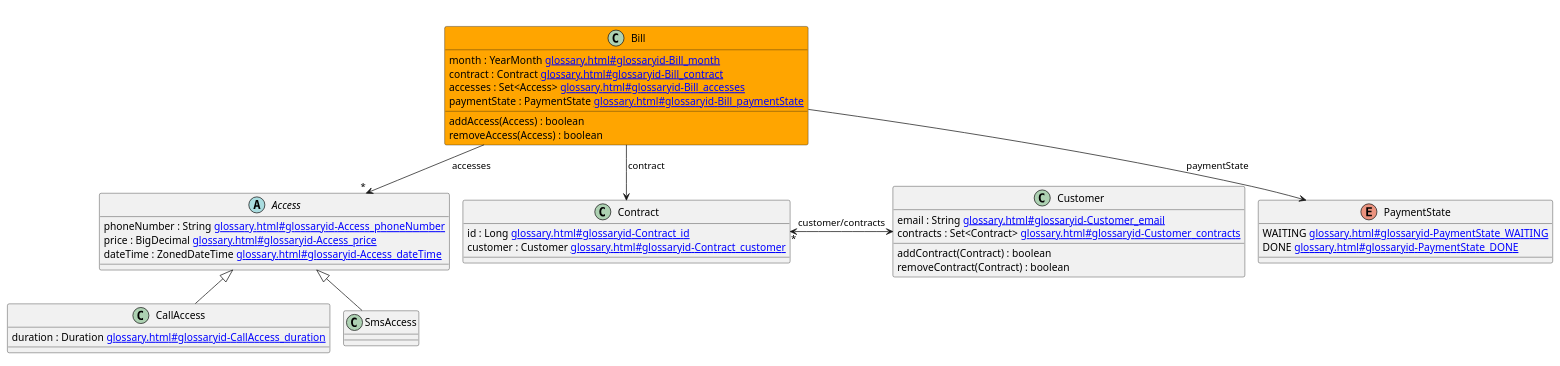
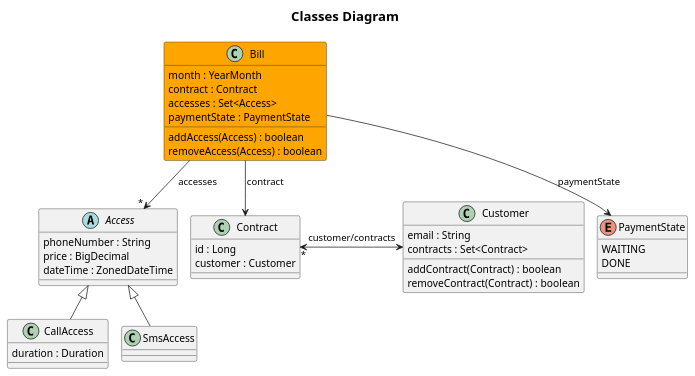
Before and after one commit to jboz/living-documentation: the diagram in livingdoc-maven-plugin/src/it/ddd/src/test/resources/expected/diagram.adoc, drawn with PlantUML. The commit also changed 8 other files, not shown here.

Commit message:
better links in diagram

```diff
--- a/livingdoc-maven-plugin/src/it/ddd/src/test/resources/expected/diagram.adoc
+++ b/livingdoc-maven-plugin/src/it/ddd/src/test/resources/expected/diagram.adoc
@@ -5,60 +5,55 @@
 [plantuml, diagram, format=svg, opts=interactive]
 ----
 @startuml
 !pragma layout smetana
 
-header
 
-endheader
+title = Classes Diagram
 
 abstract class "Access" [[glossary.html#glossaryid-Access{Access}]] {
-  phoneNumber : String [[glossary.html#glossaryid-Access_phoneNumber{phoneNumber}]]
-  price : BigDecimal [[glossary.html#glossaryid-Access_price{price}]]
-  dateTime : ZonedDateTime [[glossary.html#glossaryid-Access_dateTime{dateTime}]]
+  phoneNumber : String [[[glossary.html#glossaryid-Access_phoneNumber{Access.phoneNumber}]]]
+  price : BigDecimal [[[glossary.html#glossaryid-Access_price{Access.price}]]]
+  dateTime : ZonedDateTime [[[glossary.html#glossaryid-Access_dateTime{Access.dateTime}]]]
 }
 
 class "Bill" [[glossary.html#glossaryid-Bill{Bill}]] #orange {
-  month : YearMonth [[glossary.html#glossaryid-Bill_month{month}]]
-  contract : Contract [[glossary.html#glossaryid-Bill_contract{contract}]]
-  accesses : Set<Access> [[glossary.html#glossaryid-Bill_accesses{accesses}]]
-  paymentState : PaymentState [[glossary.html#glossaryid-Bill_paymentState{paymentState}]]
+  month : YearMonth [[[glossary.html#glossaryid-Bill_month{Bill.month}]]]
+  contract : Contract [[[glossary.html#glossaryid-Bill_contract{Bill.contract}]]]
+  accesses : Set<Access> [[[glossary.html#glossaryid-Bill_accesses{Bill.accesses}]]]
+  paymentState : PaymentState [[[glossary.html#glossaryid-Bill_paymentState{Bill.paymentState}]]]
   addAccess(Access) : boolean
   removeAccess(Access) : boolean
 }
 
 class "CallAccess" [[glossary.html#glossaryid-CallAccess{CallAccess}]] {
-  duration : Duration [[glossary.html#glossaryid-CallAccess_duration{duration}]]
+  duration : Duration [[[glossary.html#glossaryid-CallAccess_duration{CallAccess.duration}]]]
 }
 
 class "Contract" [[glossary.html#glossaryid-Contract{Contract}]] {
-  id : Long [[glossary.html#glossaryid-Contract_id{id}]]
-  customer : Customer [[glossary.html#glossaryid-Contract_customer{customer}]]
+  id : Long [[[glossary.html#glossaryid-Contract_id{Contract.id}]]]
+  customer : Customer [[[glossary.html#glossaryid-Contract_customer{Contract.customer}]]]
 }
 
 class "Customer" [[glossary.html#glossaryid-Customer{Customer}]] {
-  email : String [[glossary.html#glossaryid-Customer_email{email}]]
-  contracts : Set<Contract> [[glossary.html#glossaryid-Customer_contracts{contracts}]]
+  email : String [[[glossary.html#glossaryid-Customer_email{Customer.email}]]]
+  contracts : Set<Contract> [[[glossary.html#glossaryid-Customer_contracts{Customer.contracts}]]]
   addContract(Contract) : boolean
   removeContract(Contract) : boolean
 }
 
 enum "PaymentState" [[glossary.html#glossaryid-PaymentState{PaymentState}]] {
-  WAITING [[glossary.html#glossaryid-PaymentState_WAITING{WAITING}]]
-  DONE [[glossary.html#glossaryid-PaymentState_DONE{DONE}]]
+  WAITING [[[glossary.html#glossaryid-PaymentState_WAITING{PaymentState.WAITING}]]]
+  DONE [[[glossary.html#glossaryid-PaymentState_DONE{PaymentState.DONE}]]]
 }
 
 class "SmsAccess" [[glossary.html#glossaryid-SmsAccess{SmsAccess}]]
 
 "Access" <|-- "CallAccess"
 "Access" <|-- "SmsAccess"
 "Bill" --> "*" "Access" : accesses
 "Bill" --> "Contract" : contract
 "Bill" --> "PaymentState" : paymentState
 "Contract" "*" <-> "Customer" : customer/contracts
-footer
-
-endfooter
-
 
 @enduml
 ----
```
